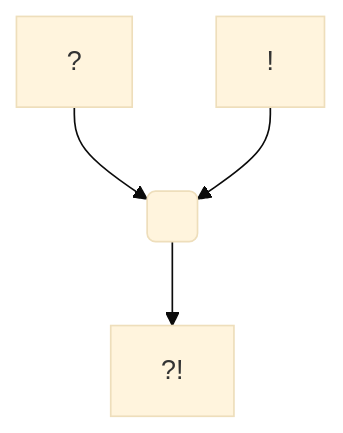
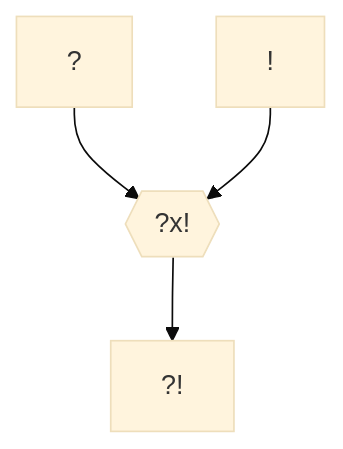
Before and after one commit to Taratatsa/Envia: the diagram in Ressources/Templates/Personnage_Template.md, drawn with Mermaid (base theme). The commit also changed 3 other files, not shown here.

````diff
--- a/Ressources/Templates/Personnage_Template.md
+++ b/Ressources/Templates/Personnage_Template.md
@@ -37,7 +37,7 @@
 ```mermaid
-graph TD
-    ?[?] --> ?x!( )
+graph TB
+    ?[?] --> ?x!{{?x!}}
     ![!] --> ?x!
 
     ?x! --> ?![?!]
 ```
````
